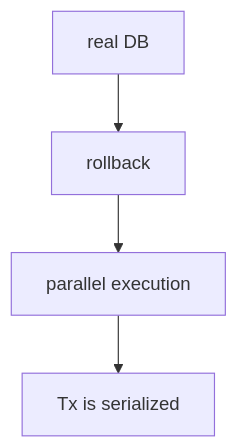
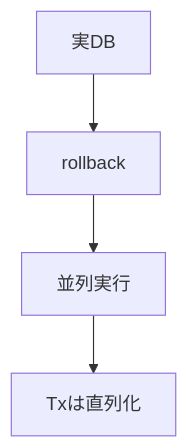
One commit to Tomy-ch/go-boilerplate changed the fifth of 5 diagrams in internal/infrastructure/README.md. Above: the diagram before and after it, drawn with Mermaid. The commit also changed other lines of this file and 970 other files, not shown here.

````diff
--- a/internal/infrastructure/README.md
+++ b/internal/infrastructure/README.md
@@ -188,9 +185,9 @@
 ```mermaid
 flowchart TB
-    DB["real DB"]
+    DB["実DB"]
     Rollback["rollback"]
-    Parallel["parallel execution"]
-    Serial["Tx is serialized"]
+    Parallel["並列実行"]
+    Serial["Txは直列化"]
 
     DB --> Rollback --> Parallel --> Serial
 ```
````
